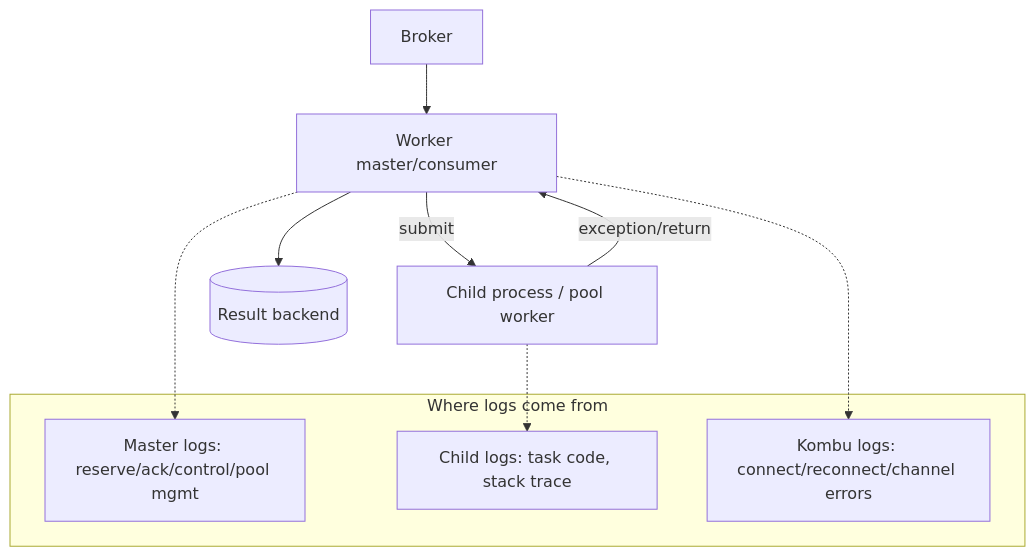
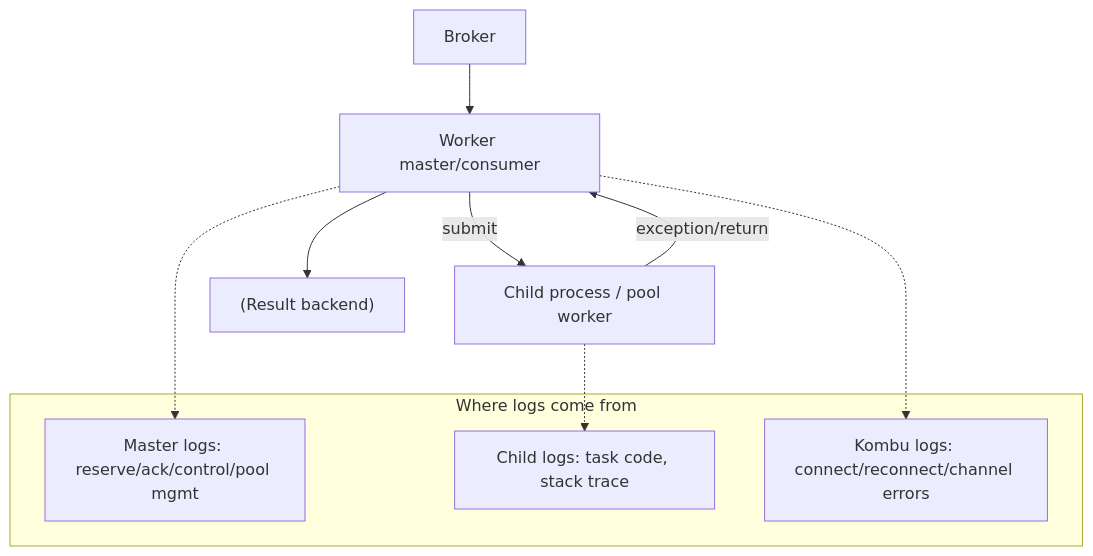
One commit to DDoSKudya/ai-study-atlas changed the first of 2 diagrams in directions/services/celery/pact/13_vnutrennee_ustroystvo_celery_protokol_consumer_bootsteps_signaly_remote_control_i_chord_unlock/17_13_13_8_internal_debugging_kak_chinit_strannosti.md. Above: the diagram before and after it, drawn with Mermaid. The commit also changed other lines of this file and 322 other files, not shown here.

Commit message:
fix(docs): make mermaid diagrams GitHub-compatible across directions content

````diff
--- a/directions/services/celery/pact/13_vnutrennee_ustroystvo_celery_protokol_consumer_bootsteps_signaly_remote_control_i_chord_unlock/17_13_13_8_internal_debugging_kak_chinit_strannosti.md
+++ b/directions/services/celery/pact/13_vnutrennee_ustroystvo_celery_protokol_consumer_bootsteps_signaly_remote_control_i_chord_unlock/17_13_13_8_internal_debugging_kak_chinit_strannosti.md
@@ -70,16 +70,16 @@
 ```mermaid
 flowchart TB
-    B[Broker] --> M[Worker master/consumer]
-    M -->|submit| C[Child process / pool worker]
+    B["Broker"] --> M["Worker master/consumer"]
+    M -->|submit| C["Child process / pool worker"]
     C -->|exception/return| M
-    M --> R[(Result backend)]
+    M --> R["(Result backend)"]
 
     subgraph Where logs come from
-      LM[Master logs: reserve/ack/control/pool mgmt]
-      LC[Child logs: task code, stack trace]
-      LB[Kombu logs: connect/reconnect/channel errors]
+      LM["Master logs: reserve/ack/control/pool mgmt"]
+      LC["Child logs: task code, stack trace"]
+      LB["Kombu logs: connect/reconnect/channel errors"]
     end
     M -.-> LM
     C -.-> LC
     M -.-> LB
 ```
````
